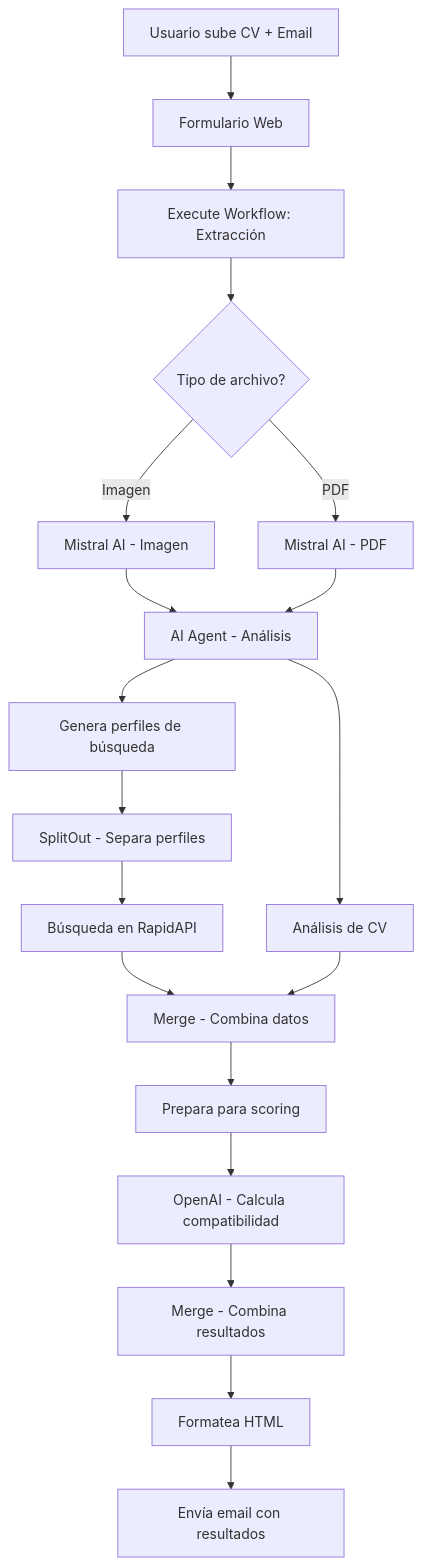
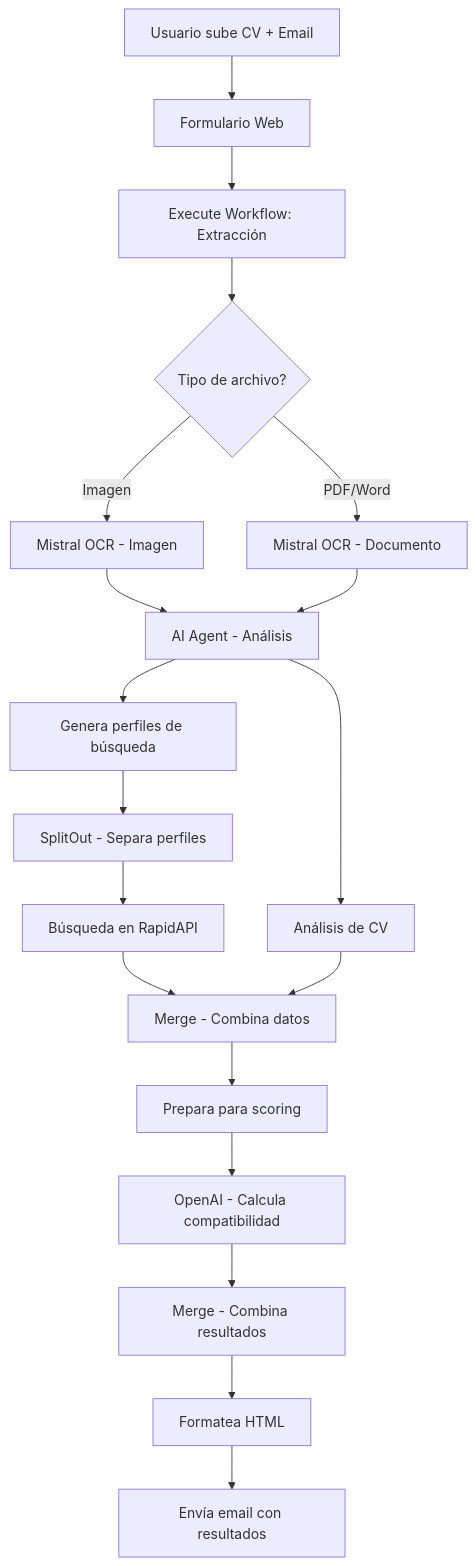
The diagram in README.md (garmanetti/TrabajoFinalAIA), drawn with Mermaid before and after one commit. The commit also changed other lines of this file and 2 other files, not shown here.

Commit message:
Documentación actualizada, flujo main ahora contempla cuando no hay ofertas disponibles y se agregó formato Word en archivos posibles a enviar. Se agregó reporte de errores en subflujo

````diff
--- a/README.md
+++ b/README.md
@@ -43,21 +43,21 @@
 ```mermaid
 graph TD
     A[Usuario sube CV + Email] --> B[Formulario Web]
     B --> C[Execute Workflow: Extracción]
     C --> D{Tipo de archivo?}
-    D -->|Imagen| E[Mistral AI - Imagen]
-    D -->|PDF| F[Mistral AI - PDF]
+    D -->|Imagen| E[Mistral OCR - Imagen]
+    D -->|PDF/Word| F[Mistral OCR - Documento]
     E --> G[AI Agent - Análisis]
     F --> G
     G --> H[Genera perfiles de búsqueda]
     G --> I[Análisis de CV]
     H --> J[SplitOut - Separa perfiles]
     J --> K[Búsqueda en RapidAPI]
     K --> L[Merge - Combina datos]
     I --> L
     L --> M[Prepara para scoring]
     M --> N[OpenAI - Calcula compatibilidad]
     N --> O[Merge - Combina resultados]
     O --> P[Formatea HTML]
     P --> Q[Envía email con resultados]
 ```
````
